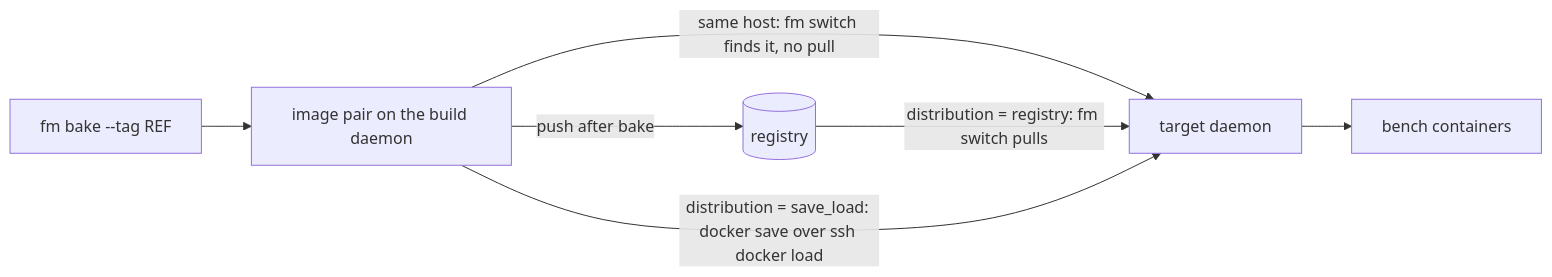
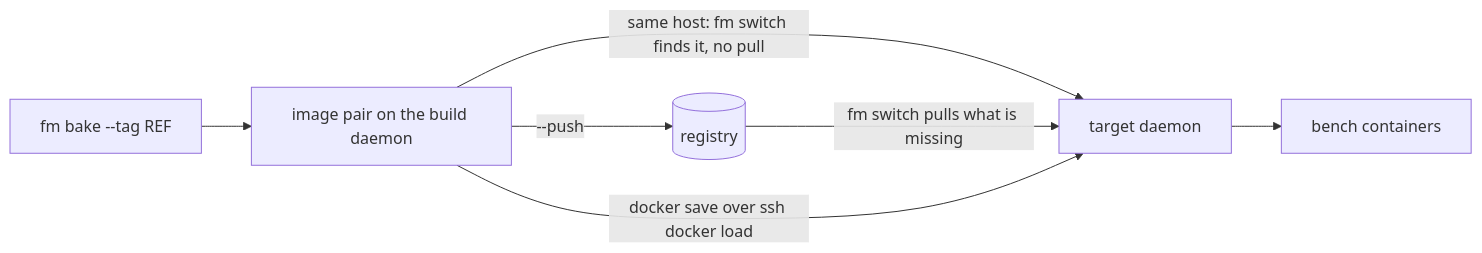
The diagram in docs/deploy/transports.md (rtCamp/Frappe-Manager), drawn with Mermaid before and after one commit. The commit also changed other lines of this file and 12 other files, not shown here.

First line of the commit message:
refactor!: drop [switch].search_replace and [registry].distribution

````diff
--- a/docs/deploy/transports.md
+++ b/docs/deploy/transports.md
@@ -16,8 +16,8 @@
 ```mermaid
 flowchart LR
     B["fm bake --tag REF"] --> LI[image pair on the build daemon]
     LI -->|"same host: fm switch finds it, no pull"| RD[target daemon]
-    LI -->|"push after bake"| REG[(registry)] -->|"distribution = registry: fm switch pulls"| RD
-    LI -->|"distribution = save_load: docker save over ssh docker load"| RD
+    LI -->|"--push"| REG[(registry)] -->|"fm switch pulls what is missing"| RD
+    LI -->|"docker save over ssh docker load"| RD
     RD --> RUN[bench containers]
 ```
````
